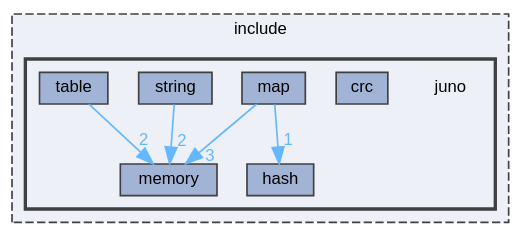
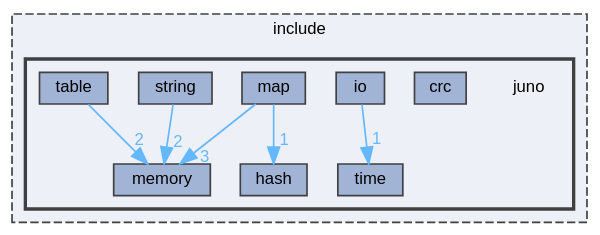
One commit to robinonsay/libjuno changed the diagram in dir_366da5caa8e7ec3e54d94764b6f022bc_dep.dot. Above: the diagram before and after it, drawn with Graphviz. The commit also changed 164 other files, not shown here.

```diff
--- a/dir_366da5caa8e7ec3e54d94764b6f022bc_dep.dot
+++ b/dir_366da5caa8e7ec3e54d94764b6f022bc_dep.dot
@@ -1,25 +1,28 @@
 digraph "/home/runner/work/libjuno/libjuno/include/juno"
 {
  // LATEX_PDF_SIZE
   bgcolor="transparent";
   edge [fontname=Helvetica,fontsize=10,labelfontname=Helvetica,labelfontsize=10];
   node [fontname=Helvetica,fontsize=10,shape=box,height=0.2,width=0.4];
   compound=true
   subgraph clusterdir_d44c64559bbebec7f509842c48db8b23 {
     graph [ bgcolor="#edf0f7", pencolor="grey25", label="include", fontname=Helvetica,fontsize=10 style="filled,dashed", URL="dir_d44c64559bbebec7f509842c48db8b23.html",tooltip=""]
   subgraph clusterdir_366da5caa8e7ec3e54d94764b6f022bc {
     graph [ bgcolor="#edf0f7", pencolor="grey25", label="", fontname=Helvetica,fontsize=10 style="filled,bold", URL="dir_366da5caa8e7ec3e54d94764b6f022bc.html",tooltip=""]
     dir_366da5caa8e7ec3e54d94764b6f022bc [shape=plaintext, label="juno"];
   dir_ef6da05dc0c67d385894f0e12ffbb82b [label="crc", fillcolor="#a2b4d6", color="grey25", style="filled", URL="dir_ef6da05dc0c67d385894f0e12ffbb82b.html",tooltip=""];
   dir_19d249a700c11f44389cb05327db4a5b [label="hash", fillcolor="#a2b4d6", color="grey25", style="filled", URL="dir_19d249a700c11f44389cb05327db4a5b.html",tooltip=""];
+  dir_2214acb517c776811661c93fb7ef90d4 [label="io", fillcolor="#a2b4d6", color="grey25", style="filled", URL="dir_2214acb517c776811661c93fb7ef90d4.html",tooltip=""];
   dir_7d134b198f51d759fae4dbc0397c07cc [label="map", fillcolor="#a2b4d6", color="grey25", style="filled", URL="dir_7d134b198f51d759fae4dbc0397c07cc.html",tooltip=""];
   dir_0ab7105f8cccca84cc3ec63bc4b5970d [label="memory", fillcolor="#a2b4d6", color="grey25", style="filled", URL="dir_0ab7105f8cccca84cc3ec63bc4b5970d.html",tooltip=""];
   dir_1ee06b418de2fbaa3d5b1443d2d582cb [label="string", fillcolor="#a2b4d6", color="grey25", style="filled", URL="dir_1ee06b418de2fbaa3d5b1443d2d582cb.html",tooltip=""];
   dir_247cda594a1ab670a2704371990491e3 [label="table", fillcolor="#a2b4d6", color="grey25", style="filled", URL="dir_247cda594a1ab670a2704371990491e3.html",tooltip=""];
+  dir_f7826cb483c41652a57f47c29e86de5a [label="time", fillcolor="#a2b4d6", color="grey25", style="filled", URL="dir_f7826cb483c41652a57f47c29e86de5a.html",tooltip=""];
   }
   }
-  dir_7d134b198f51d759fae4dbc0397c07cc->dir_0ab7105f8cccca84cc3ec63bc4b5970d [headlabel="3", labeldistance=1.5 headhref="dir_000005_000006.html" href="dir_000005_000006.html" color="steelblue1" fontcolor="steelblue1"];
-  dir_7d134b198f51d759fae4dbc0397c07cc->dir_19d249a700c11f44389cb05327db4a5b [headlabel="1", labeldistance=1.5 headhref="dir_000005_000002.html" href="dir_000005_000002.html" color="steelblue1" fontcolor="steelblue1"];
-  dir_1ee06b418de2fbaa3d5b1443d2d582cb->dir_0ab7105f8cccca84cc3ec63bc4b5970d [headlabel="2", labeldistance=1.5 headhref="dir_000009_000006.html" href="dir_000009_000006.html" color="steelblue1" fontcolor="steelblue1"];
-  dir_247cda594a1ab670a2704371990491e3->dir_0ab7105f8cccca84cc3ec63bc4b5970d [headlabel="2", labeldistance=1.5 headhref="dir_000010_000006.html" href="dir_000010_000006.html" color="steelblue1" fontcolor="steelblue1"];
+  dir_2214acb517c776811661c93fb7ef90d4->dir_f7826cb483c41652a57f47c29e86de5a [headlabel="1", labeldistance=1.5 headhref="dir_000004_000012.html" href="dir_000004_000012.html" color="steelblue1" fontcolor="steelblue1"];
+  dir_7d134b198f51d759fae4dbc0397c07cc->dir_0ab7105f8cccca84cc3ec63bc4b5970d [headlabel="3", labeldistance=1.5 headhref="dir_000006_000007.html" href="dir_000006_000007.html" color="steelblue1" fontcolor="steelblue1"];
+  dir_7d134b198f51d759fae4dbc0397c07cc->dir_19d249a700c11f44389cb05327db4a5b [headlabel="1", labeldistance=1.5 headhref="dir_000006_000002.html" href="dir_000006_000002.html" color="steelblue1" fontcolor="steelblue1"];
+  dir_1ee06b418de2fbaa3d5b1443d2d582cb->dir_0ab7105f8cccca84cc3ec63bc4b5970d [headlabel="2", labeldistance=1.5 headhref="dir_000010_000007.html" href="dir_000010_000007.html" color="steelblue1" fontcolor="steelblue1"];
+  dir_247cda594a1ab670a2704371990491e3->dir_0ab7105f8cccca84cc3ec63bc4b5970d [headlabel="2", labeldistance=1.5 headhref="dir_000011_000007.html" href="dir_000011_000007.html" color="steelblue1" fontcolor="steelblue1"];
 }
```
